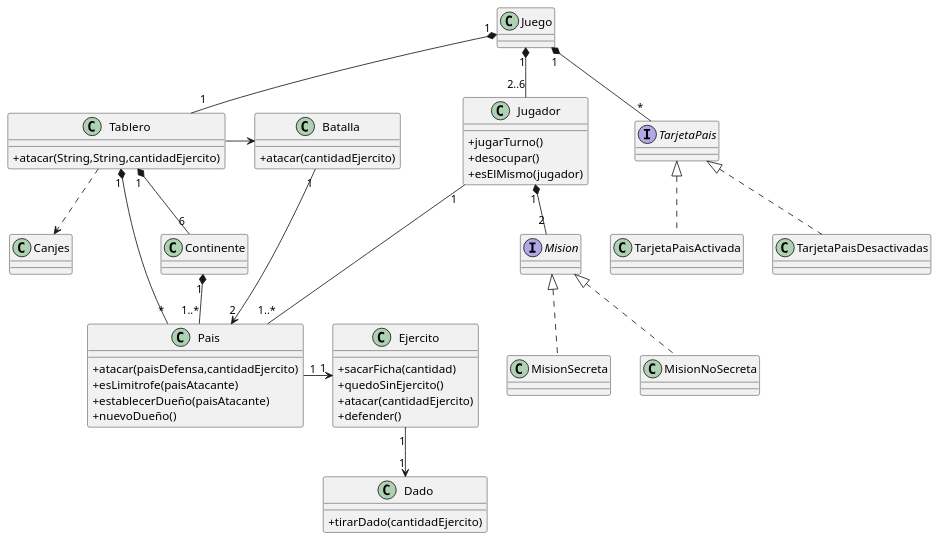
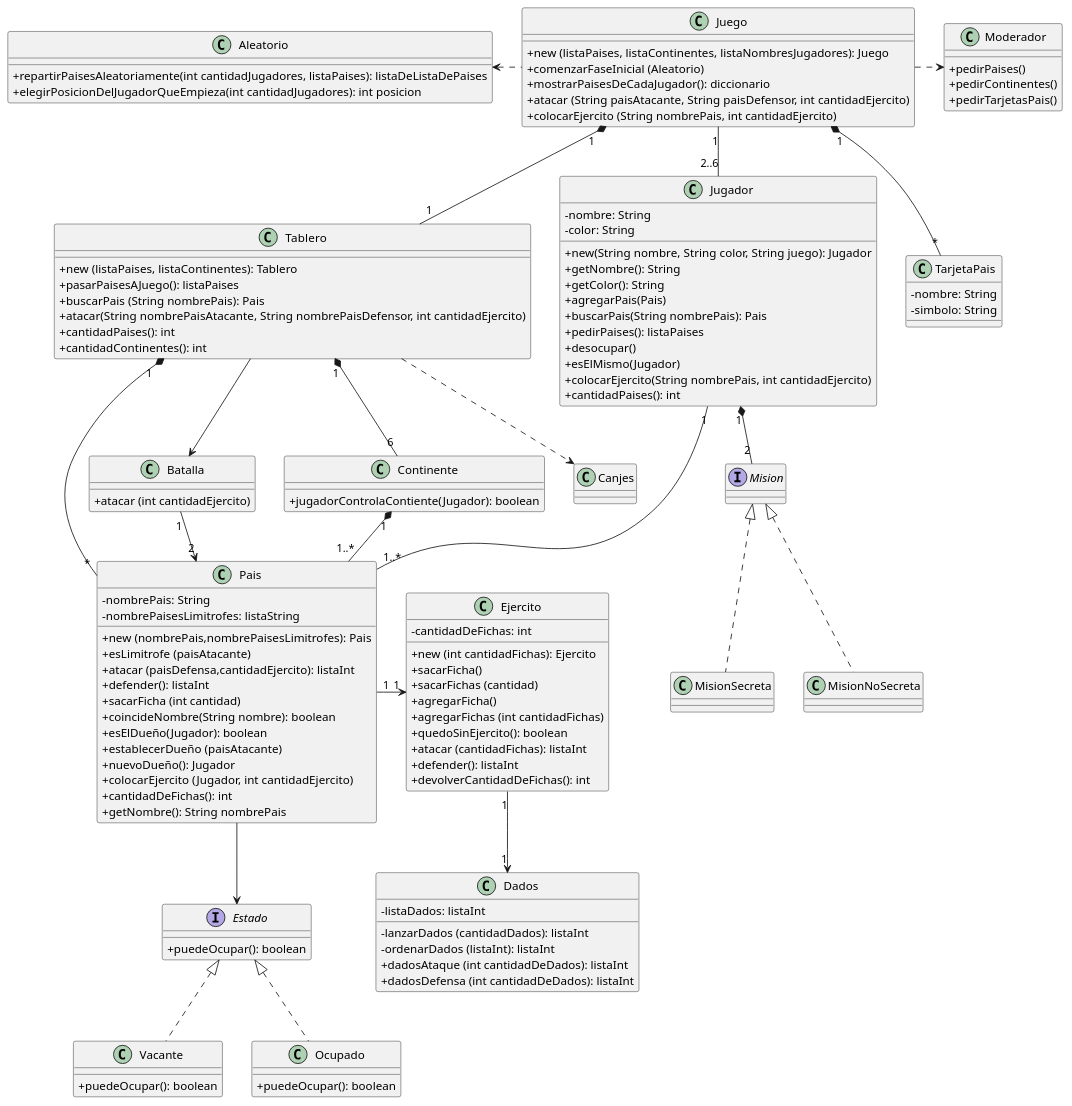
One commit to daniela41149/algo3_tp2 changed the diagram in diagramas/diagramaDeClases.wsd. Above: the diagram before and after it, drawn with PlantUML. The commit also changed 2 other files, not shown here.

Commit message:
actualizacion diagrama de clases

```diff
--- a/diagramas/diagramaDeClases.wsd
+++ b/diagramas/diagramaDeClases.wsd
@@ -1,71 +1,158 @@
 @startuml
 Juego "1" *-- "1" Tablero
-Juego "1" *-- "2..6" Jugador
+Juego "1" -- "2..6" Jugador
 Juego "1" *-- "*" TarjetaPais
+Juego .> Moderador
+Aleatorio <.Juego
 
-Interface TarjetaPais
+
 Interface Mision
 
-TarjetaPais <|.. TarjetaPaisActivada
-TarjetaPais <|.. TarjetaPaisDesactivadas
 Mision <|.. MisionSecreta
 Mision <|.. MisionNoSecreta
 
 Tablero "1" *-- "6" Continente
 Tablero "1" *-- "*" Pais
 Continente "1" *-- "1..*" Pais
 
 Jugador "1" *-- "2" Mision
 Jugador "1" -- "1..*" Pais
-Ejercito "1" --> "1" "Dado"
+Ejercito "1" --> "1" "Dados"
 Tablero ..> Canjes
 
 Pais "1" -> "1" Ejercito
 Tablero -> Batalla
 Batalla "1" --> "2" Pais
 
+Pais --> Estado
+Estado <|.. Vacante
+Estado <|.. Ocupado
+
+skinparam classAttributeIconSize 0
+class Moderador {
+ +pedirPaises()
+ +pedirContinentes()
+ +pedirTarjetasPais()
+}
+
+skinparam classAttributeIconSize 0
+class Aleatorio {
+ +repartirPaisesAleatoriamente(int cantidadJugadores, listaPaises): listaDeListaDePaises
+ +elegirPosicionDelJugadorQueEmpieza(int cantidadJugadores): int posicion
+}
+
 
 skinparam classAttributeIconSize 0
 class Juego {
+ +new (listaPaises, listaContinentes, listaNombresJugadores): Juego
+ +comenzarFaseInicial (Aleatorio)
+ +mostrarPaisesDeCadaJugador(): diccionario
+ +atacar (String paisAtacante, String paisDefensor, int cantidadEjercito)
+ +colocarEjercito (String nombrePais, int cantidadEjercito)
 }
 
 
 skinparam classAttributeIconSize 0
 class Jugador {
- +jugarTurno()
+ -nombre: String
+ -color: String
+ +new(String nombre, String color, String juego): Jugador
+ +getNombre(): String
+ +getColor(): String
+ +agregarPais(Pais)
+ +buscarPais(String nombrePais): Pais
+ +pedirPaises(): listaPaises
  +desocupar()
- +esElMismo(jugador)
+ +esElMismo(Jugador)
+ +colocarEjercito(String nombrePais, int cantidadEjercito)
+ +cantidadPaises(): int
 }
 
 skinparam classAttributeIconSize 0
 class Tablero {
- +atacar(String,String,cantidadEjercito)
+ +new (listaPaises, listaContinentes): Tablero
+ +pasarPaisesAJuego(): listaPaises
+ +buscarPais (String nombrePais): Pais
+ +atacar(String nombrePaisAtacante, String nombrePaisDefensor, int cantidadEjercito)
+ +cantidadPaises(): int
+ +cantidadContinentes(): int
 }
 
 skinparam classAttributeIconSize 0
 class Batalla {
- +atacar(cantidadEjercito)
+ +atacar (int cantidadEjercito)
+}
+
+
+skinparam classAttributeIconSize 0
+class Pais {
+ -nombrePais: String
+ -nombrePaisesLimitrofes: listaString
+ +new (nombrePais,nombrePaisesLimitrofes): Pais
+ +esLimitrofe (paisAtacante)
+ +atacar (paisDefensa,cantidadEjercito): listaInt
+ +defender(): listaInt
+ +sacarFicha (int cantidad)
+ +coincideNombre(String nombre): boolean
+ +esElDueño(Jugador): boolean
+ +establecerDueño (paisAtacante)
+ +nuevoDueño(): Jugador
+ +colocarEjercito (Jugador, int cantidadEjercito)
+ +cantidadDeFichas(): int
+ +getNombre(): String nombrePais
+
+
 }
 
 skinparam classAttributeIconSize 0
-class Pais {
- +atacar(paisDefensa,cantidadEjercito)
- +esLimitrofe(paisAtacante)
- +establecerDueño(paisAtacante)
- +nuevoDueño()
+Interface Estado {
+ +puedeOcupar(): boolean
+}
+
+skinparam classAttributeIconSize 0
+class Ocupado {
+ +puedeOcupar(): boolean
+}
+
+skinparam classAttributeIconSize 0
+class Vacante {
+ +puedeOcupar(): boolean
+}
+
+skinparam classAttributeIconSize 0
+class Continente {
+ +jugadorControlaContiente(Jugador): boolean
 
 }
 
 skinparam classAttributeIconSize 0
 class Ejercito {
- +sacarFicha(cantidad)
- +quedoSinEjercito()
- +atacar(cantidadEjercito)
- +defender()
+ -cantidadDeFichas: int
+ +new (int cantidadFichas): Ejercito
+ +sacarFicha()
+ +sacarFichas (cantidad)
+ +agregarFicha()
+ +agregarFichas (int cantidadFichas)
+ +quedoSinEjercito(): boolean
+ +atacar (cantidadFichas): listaInt
+ +defender(): listaInt
+ +devolverCantidadDeFichas(): int
+
 }
 
 skinparam classAttributeIconSize 0
-class Dado {
- +tirarDado(cantidadEjercito)
+class Dados {
+ -listaDados: listaInt
+ -lanzarDados (cantidadDados): listaInt
+ -ordenarDados (listaInt): listaInt
+ +dadosAtaque (int cantidadDeDados): listaInt
+ +dadosDefensa (int cantidadDeDados): listaInt
+}
+
+
+skinparam classAttributeIconSize 0
+class TarjetaPais {
+ -nombre: String
+ -simbolo: String
 }
 @enduml
```
